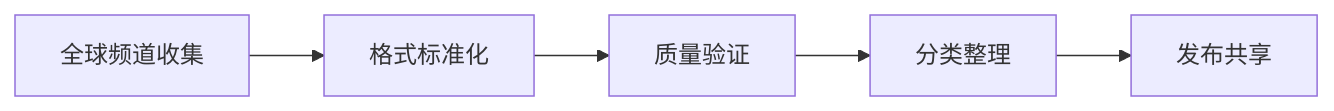
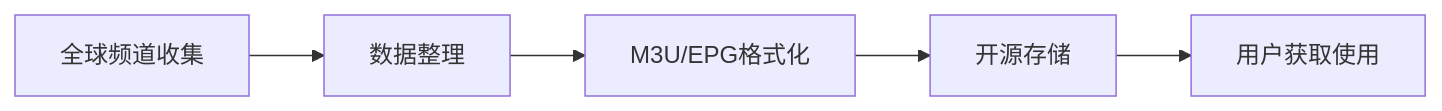
Before and after one commit to wayyoungboy/github-trending-reporter: the seventh of 12 diagrams in reports/2026/01/2026-01-13.md, drawn with Mermaid. The commit also changed other lines of this file and 1 other file, not shown here.

````diff
--- a/reports/2026/01/2026-01-13.md
+++ b/reports/2026/01/2026-01-13.md
@@ -360,7 +368,7 @@
 ```mermaid
 graph LR
-    A[全球频道收集] --> B[格式标准化]
-    B --> C[质量验证]
-    C --> D[分类整理]
-    D --> E[发布共享]
+    A[全球频道收集] --> B[数据整理]
+    B --> C[M3U/EPG格式化]
+    C --> D[开源存储]
+    D --> E[用户获取使用]
 ```
````
